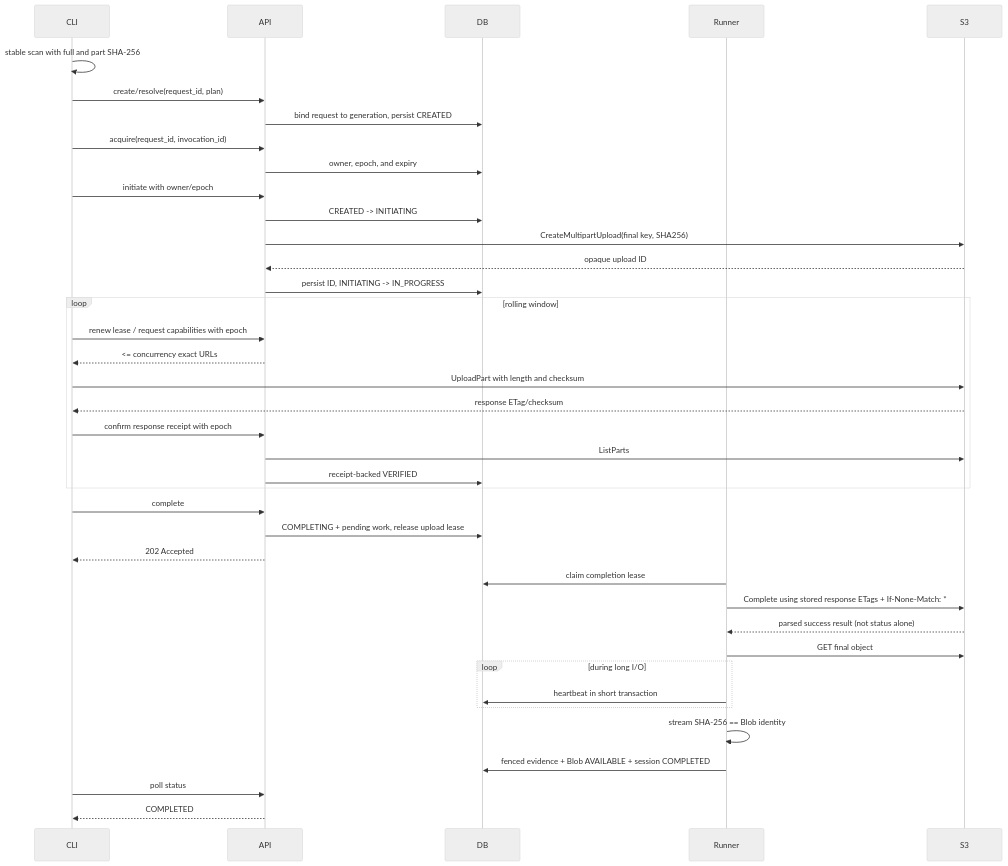
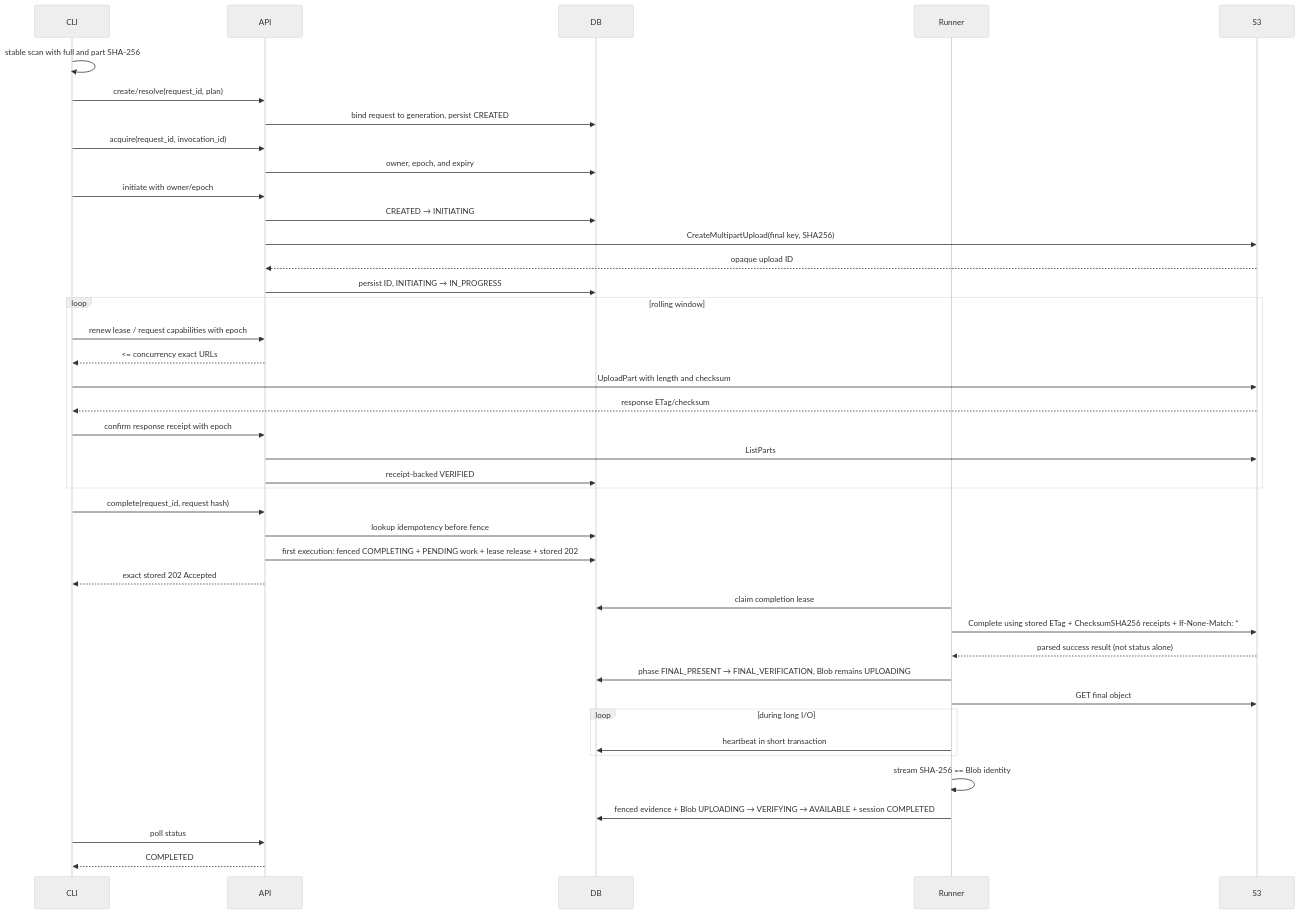
One commit to zbnerd/RoboLake changed the second of 10 diagrams in docs/M2_MULTIPART_ARCHITECTURE.md. Above: the diagram before and after it, drawn with Mermaid (neutral theme). The commit also changed other lines of this file and 14 other files, not shown here.

````diff
--- a/docs/M2_MULTIPART_ARCHITECTURE.md
+++ b/docs/M2_MULTIPART_ARCHITECTURE.md
@@ -323,41 +369,43 @@
 ```mermaid
 sequenceDiagram
     participant CLI
     participant API
     participant DB
     participant Runner
     participant S3
     CLI->>CLI: stable scan with full and part SHA-256
     CLI->>API: create/resolve(request_id, plan)
     API->>DB: bind request to generation, persist CREATED
     CLI->>API: acquire(request_id, invocation_id)
     API->>DB: owner, epoch, and expiry
     CLI->>API: initiate with owner/epoch
-    API->>DB: CREATED -> INITIATING
+    API->>DB: CREATED → INITIATING
     API->>S3: CreateMultipartUpload(final key, SHA256)
     S3-->>API: opaque upload ID
-    API->>DB: persist ID, INITIATING -> IN_PROGRESS
+    API->>DB: persist ID, INITIATING → IN_PROGRESS
     loop rolling window
         CLI->>API: renew lease / request capabilities with epoch
         API-->>CLI: <= concurrency exact URLs
         CLI->>S3: UploadPart with length and checksum
         S3-->>CLI: response ETag/checksum
         CLI->>API: confirm response receipt with epoch
         API->>S3: ListParts
         API->>DB: receipt-backed VERIFIED
     end
-    CLI->>API: complete
-    API->>DB: COMPLETING + pending work, release upload lease
-    API-->>CLI: 202 Accepted
+    CLI->>API: complete(request_id, request hash)
+    API->>DB: lookup idempotency before fence
+    API->>DB: first execution: fenced COMPLETING + PENDING work + lease release + stored 202
+    API-->>CLI: exact stored 202 Accepted
     Runner->>DB: claim completion lease
-    Runner->>S3: Complete using stored response ETags + If-None-Match: *
+    Runner->>S3: Complete using stored ETag + ChecksumSHA256 receipts + If-None-Match: *
     S3-->>Runner: parsed success result (not status alone)
+    Runner->>DB: phase FINAL_PRESENT → FINAL_VERIFICATION, Blob remains UPLOADING
     Runner->>S3: GET final object
     loop during long I/O
         Runner->>DB: heartbeat in short transaction
     end
     Runner->>Runner: stream SHA-256 == Blob identity
-    Runner->>DB: fenced evidence + Blob AVAILABLE + session COMPLETED
+    Runner->>DB: fenced evidence + Blob UPLOADING → VERIFYING → AVAILABLE + session COMPLETED
     CLI->>API: poll status
     API-->>CLI: COMPLETED
 ```
````
